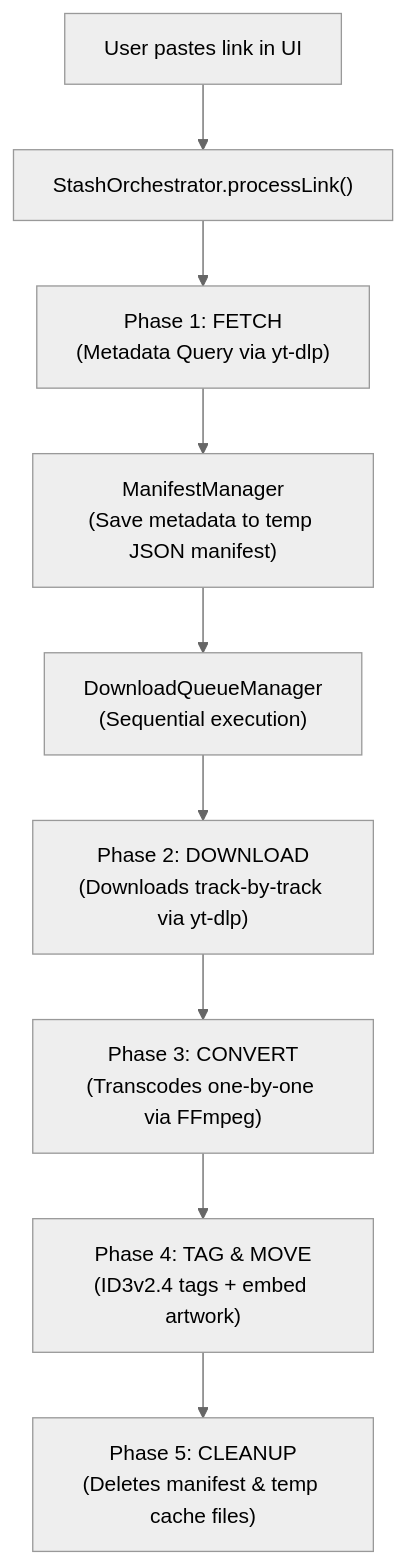
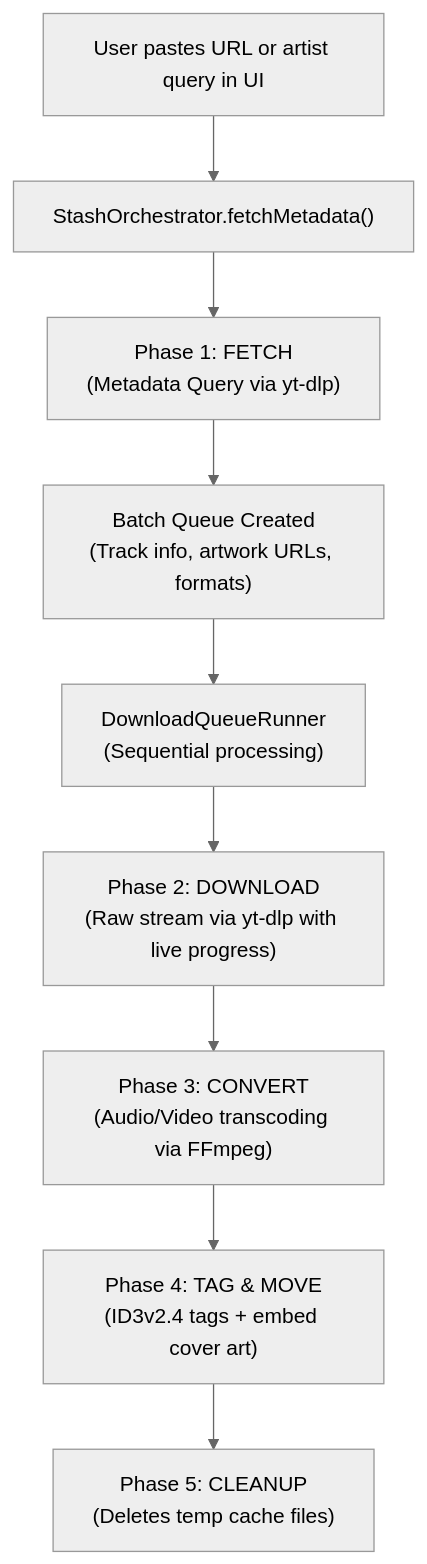
The diagram in README.md (Eurt-labs/Stash), drawn with Mermaid (neutral theme) before and after one commit. The commit also changed other lines of this file and 6 other files, not shown here.

````diff
--- a/README.md
+++ b/README.md
@@ -19,12 +19,12 @@
 ```mermaid
 flowchart TD
-    A["User pastes link in UI"] --> B["StashOrchestrator.processLink()"]
+    A["User pastes URL or artist query in UI"] --> B["StashOrchestrator.fetchMetadata()"]
     B --> C["Phase 1: FETCH\n(Metadata Query via yt-dlp)"]
-    C --> D["ManifestManager\n(Save metadata to temp JSON manifest)"]
-    D --> E["DownloadQueueManager\n(Sequential execution)"]
+    C --> D["Batch Queue Created\n(Track info, artwork URLs, formats)"]
+    D --> E["DownloadQueueRunner\n(Sequential processing)"]
     
-    E --> F["Phase 2: DOWNLOAD\n(Downloads track-by-track via yt-dlp)"]
-    F --> G["Phase 3: CONVERT\n(Transcodes one-by-one via FFmpeg)"]
-    G --> H["Phase 4: TAG & MOVE\n(ID3v2.4 tags + embed artwork)"]
-    H --> I["Phase 5: CLEANUP\n(Deletes manifest & temp cache files)"]
+    E --> F["Phase 2: DOWNLOAD\n(Raw stream via yt-dlp with live progress)"]
+    F --> G["Phase 3: CONVERT\n(Audio/Video transcoding via FFmpeg)"]
+    G --> H["Phase 4: TAG & MOVE\n(ID3v2.4 tags + embed cover art)"]
+    H --> I["Phase 5: CLEANUP\n(Deletes temp cache files)"]
 ```
````
